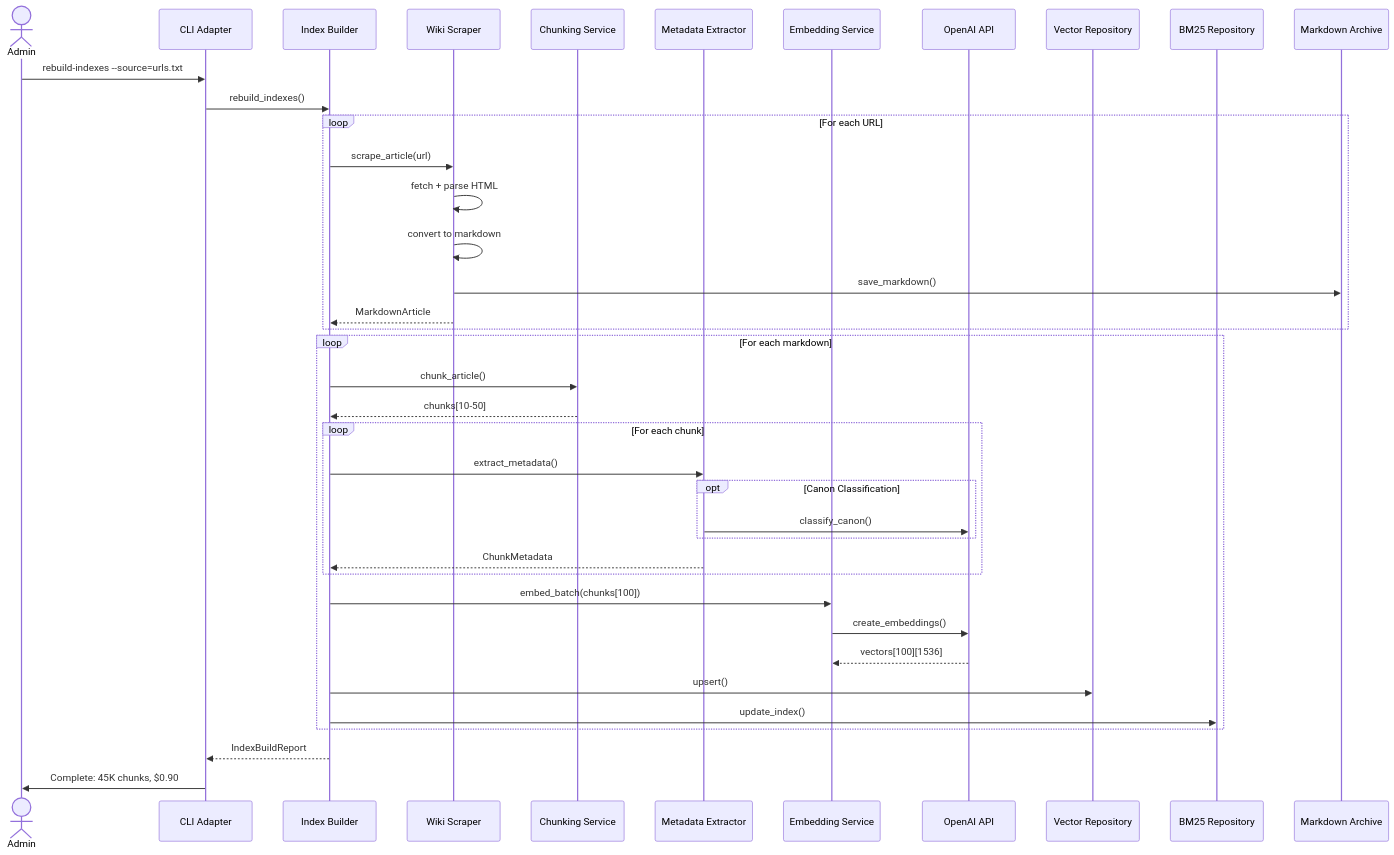
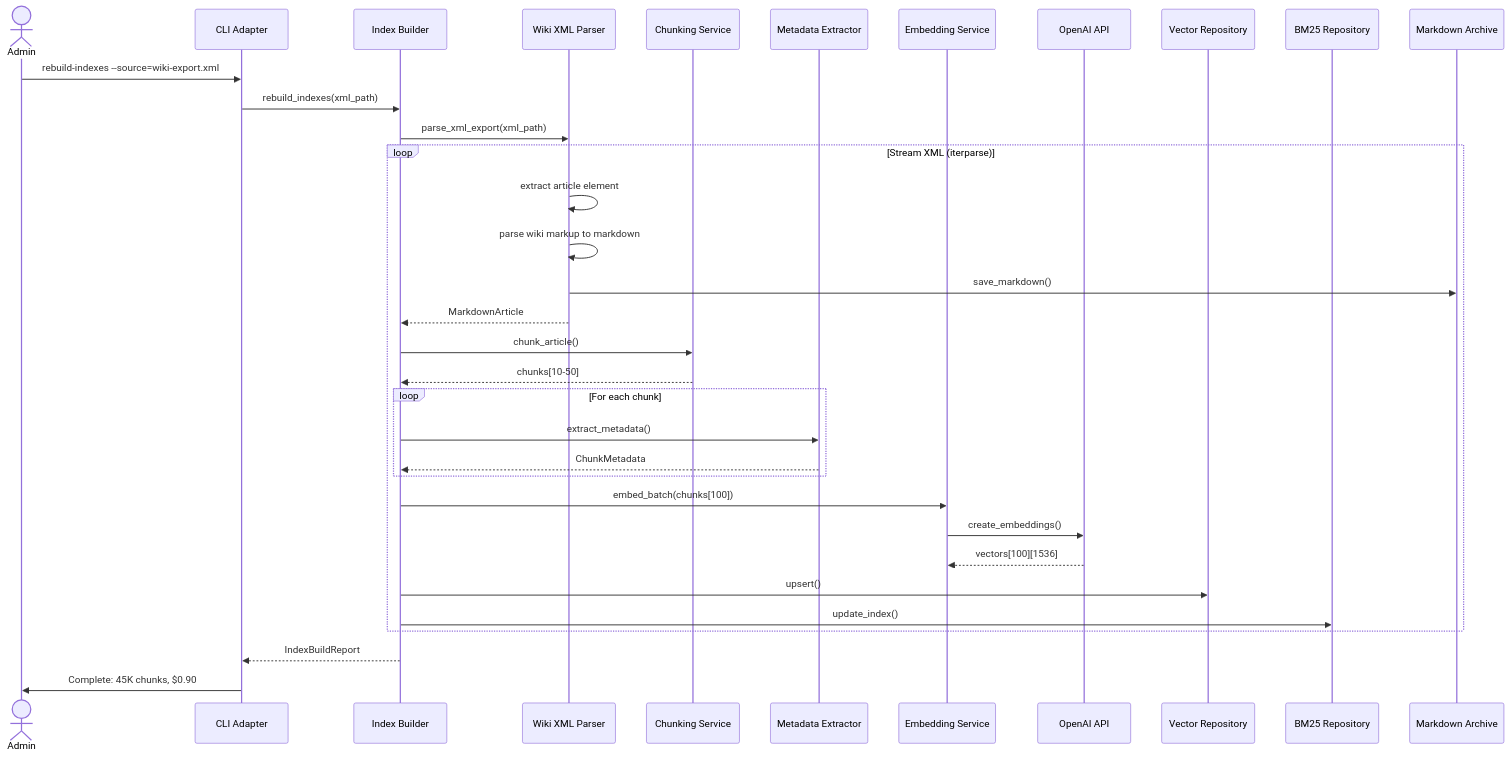
Before and after one commit to madarasz/wh40k-lore-bot: the fourth of 6 diagrams in docs/architecture.md, drawn with Mermaid. The commit also changed other lines of this file and 4 other files, not shown here.

````diff
--- a/docs/architecture.md
+++ b/docs/architecture.md
@@ -949,48 +949,44 @@
 ```mermaid
 sequenceDiagram
     actor Admin
     participant CLI as CLI Adapter
     participant Builder as Index Builder
-    participant Scraper as Wiki Scraper
+    participant XMLParser as Wiki XML Parser
     participant Chunker as Chunking Service
     participant MetaExtract as Metadata Extractor
     participant EmbedSvc as Embedding Service
     participant OpenAI as OpenAI API
     participant VectorDB as Vector Repository
     participant BM25 as BM25 Repository
     participant FileSystem as Markdown Archive
 
-    Admin->>CLI: rebuild-indexes --source=urls.txt
-    CLI->>Builder: rebuild_indexes()
+    Admin->>CLI: rebuild-indexes --source=wiki-export.xml
+    CLI->>Builder: rebuild_indexes(xml_path)
 
-    loop For each URL
-        Builder->>Scraper: scrape_article(url)
-        Scraper->>Scraper: fetch + parse HTML
-        Scraper->>Scraper: convert to markdown
-        Scraper->>FileSystem: save_markdown()
-        Scraper-->>Builder: MarkdownArticle
-    end
+    Builder->>XMLParser: parse_xml_export(xml_path)
 
-    loop For each markdown
+    loop Stream XML (iterparse)
+        XMLParser->>XMLParser: extract article element
+        XMLParser->>XMLParser: parse wiki markup to markdown
+        XMLParser->>FileSystem: save_markdown()
+        XMLParser-->>Builder: MarkdownArticle
+
         Builder->>Chunker: chunk_article()
         Chunker-->>Builder: chunks[10-50]
 
         loop For each chunk
             Builder->>MetaExtract: extract_metadata()
-            opt Canon Classification
-                MetaExtract->>OpenAI: classify_canon()
-            end
             MetaExtract-->>Builder: ChunkMetadata
         end
 
         Builder->>EmbedSvc: embed_batch(chunks[100])
         EmbedSvc->>OpenAI: create_embeddings()
         OpenAI-->>EmbedSvc: vectors[100][1536]
 
         Builder->>VectorDB: upsert()
         Builder->>BM25: update_index()
     end
 
     Builder-->>CLI: IndexBuildReport
     CLI->>Admin: Complete: 45K chunks, $0.90
 ```
````
